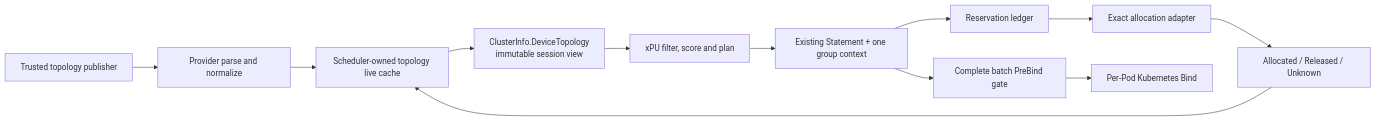
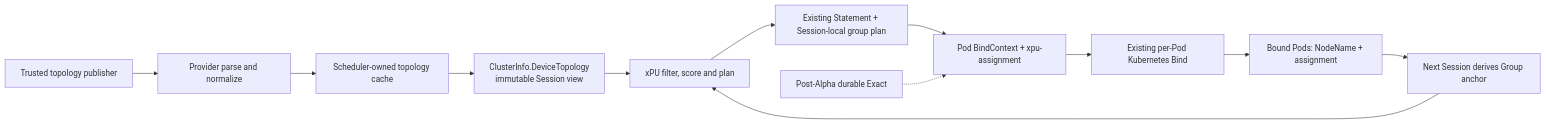
Before and after one commit to SiuMai99/volcano: the first of 6 diagrams in docs/design/xpu-topology-aware/99-generic-xpu-topology-aware-design-zh-v4.md, drawn with Mermaid. The commit also changed other lines of this file and 3 other files, not shown here.

Commit message:
xpu topology-aware scheduling design- v4  XPU-00 去除复杂的 Group anchor 与 allocation evidence 。从已经绑定/运行中的 Pod 重新推导 Group anchor

```diff
--- a/docs/design/xpu-topology-aware/99-generic-xpu-topology-aware-design-zh-v4.md
+++ b/docs/design/xpu-topology-aware/99-generic-xpu-topology-aware-design-zh-v4.md
@@ -127,14 +131,14 @@
 ~~~mermaid
 flowchart LR
     Sources["Trusted topology publisher"] --> Provider["Provider parse and normalize"]
-    Provider --> Live["Scheduler-owned topology live cache"]
-    Live --> Snapshot["ClusterInfo.DeviceTopology<br/>immutable session view"]
+    Provider --> Live["Scheduler-owned topology cache"]
+    Live --> Snapshot["ClusterInfo.DeviceTopology<br/>immutable Session view"]
     Snapshot --> Plugin["xPU filter, score and plan"]
-    Plugin --> Statement["Existing Statement + one group context"]
-    Statement --> Ledger["Reservation ledger"]
-    Ledger --> Adapter["Exact allocation adapter"]
-    Statement --> Batch["Complete batch PreBind gate"]
-    Batch --> Bind["Per-Pod Kubernetes Bind"]
-    Adapter --> Observe["Allocated / Released / Unknown"]
-    Observe --> Live
+    Plugin --> Statement["Existing Statement + Session-local group plan"]
+    Statement --> Assignment["Pod BindContext + xpu-assignment"]
+    Assignment --> Bind["Existing per-Pod Kubernetes Bind"]
+    Bind --> Pods["Bound Pods: NodeName + assignment"]
+    Pods --> Recover["Next Session derives Group anchor"]
+    Recover --> Plugin
+    Future["Post-Alpha durable Exact"] -.-> Assignment
 ~~~
```
